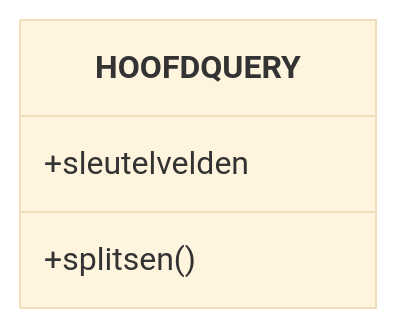
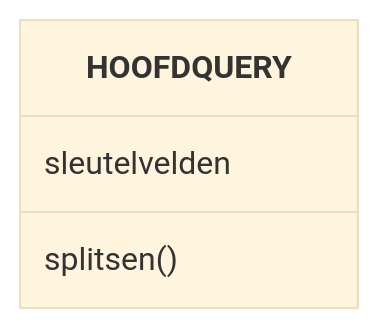
The diagram in sandbox/diagram.md (fvdsdel/BI_publisher), drawn with Mermaid (base theme) before and after one commit.

````diff
--- a/sandbox/diagram.md
+++ b/sandbox/diagram.md
@@ -1,8 +1,8 @@
 ```mermaid
 classDiagram
-    HOOFDQUERY: +sleutelvelden
-    HOOFDQUERY: +splitsen()
+    HOOFDQUERY: sleutelvelden
+    HOOFDQUERY: splitsen()
   
 
 
 ```
````
